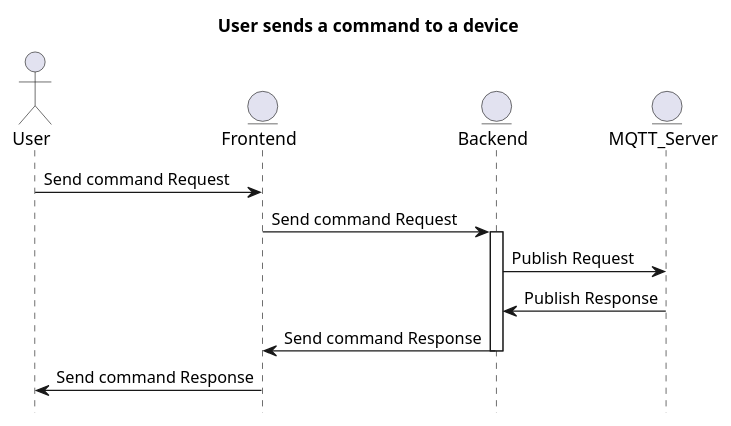
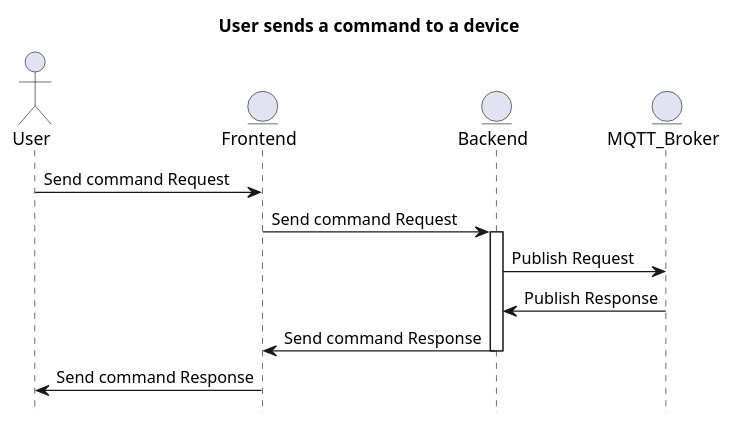
One commit to hectorgastaminza/Iot changed the diagram in comiot/Diagrams/DSeqUserSendCmd.puml. Above: the diagram before and after it, drawn with PlantUML. The commit also changed 6 other files, not shown here.

```diff
--- a/comiot/Diagrams/DSeqUserSendCmd.puml
+++ b/comiot/Diagrams/DSeqUserSendCmd.puml
@@ -1,16 +1,16 @@
 @startuml
 hide footbox
 title User sends a command to a device
 actor User
 entity Frontend
 entity Backend
-entity MQTT_Server
+entity MQTT_Broker
 User -> Frontend: Send command Request
 Frontend -> Backend: Send command Request
 activate Backend
-Backend -> MQTT_Server : Publish Request
-MQTT_Server  -> Backend : Publish Response
+Backend -> MQTT_Broker : Publish Request
+MQTT_Broker  -> Backend : Publish Response
 Backend -> Frontend: Send command Response
 deactivate Backend
 Frontend -> User: Send command Response
 @enduml
```
